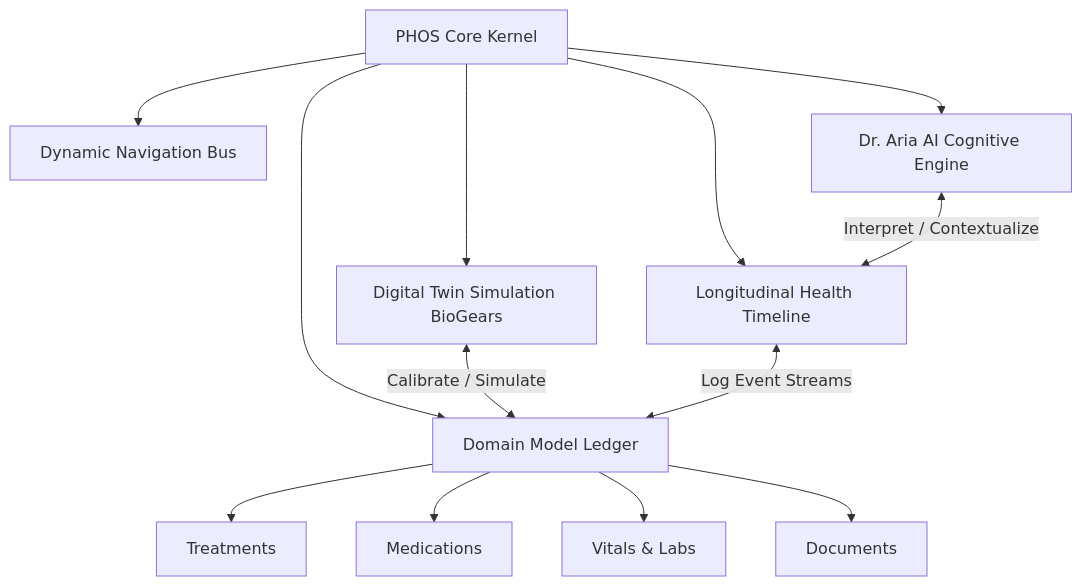
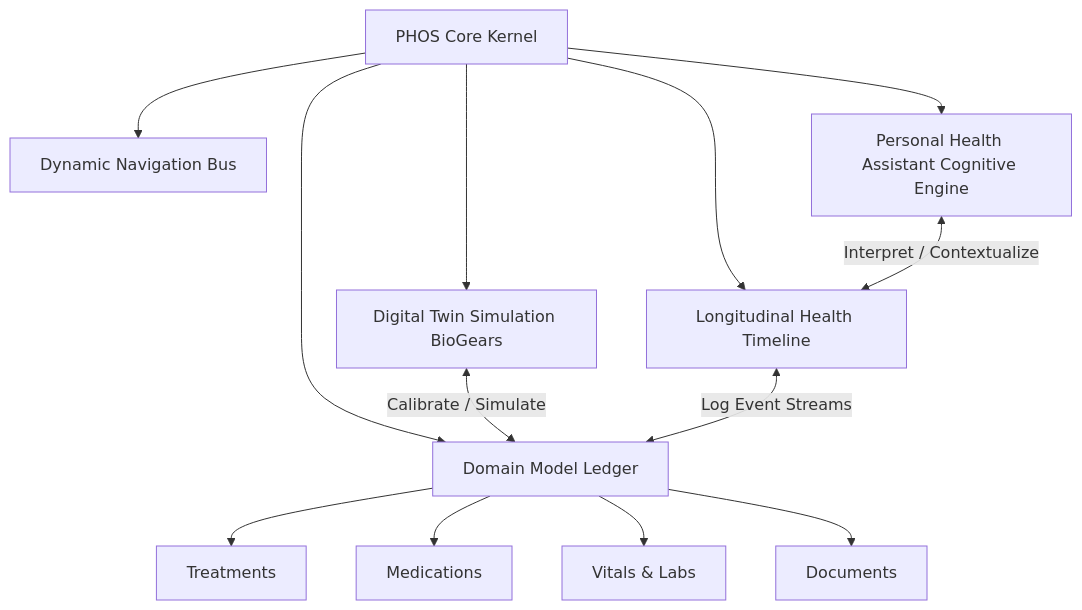
One commit to Akhiluuu/health-digital-twin changed the first of 3 diagrams in docs/vh_001_product_architecture_specification.md. Above: the diagram before and after it, drawn with Mermaid. The commit also changed other lines of this file and 35 other files, not shown here.

Commit message:
chore: complete system-wide rebranding to Personal Health Assistant and fix type errors

````diff
--- a/docs/vh_001_product_architecture_specification.md
+++ b/docs/vh_001_product_architecture_specification.md
@@ -14,17 +14,17 @@
 ```mermaid
 graph TD
     A[PHOS Core Kernel] --> B[Domain Model Ledger]
     A --> C[Dynamic Navigation Bus]
     A --> D[Digital Twin Simulation BioGears]
-    A --> E[Dr. Aria AI Cognitive Engine]
+    A --> E[Personal Health Assistant Cognitive Engine]
     A --> F[Longitudinal Health Timeline]
     
     B --> G[Treatments]
     B --> H[Medications]
     B --> I[Vitals & Labs]
     B --> J[Documents]
     
     D <-->|Calibrate / Simulate| B
     E <-->|Interpret / Contextualize| F
     F <-->|Log Event Streams| B
 ```
````
